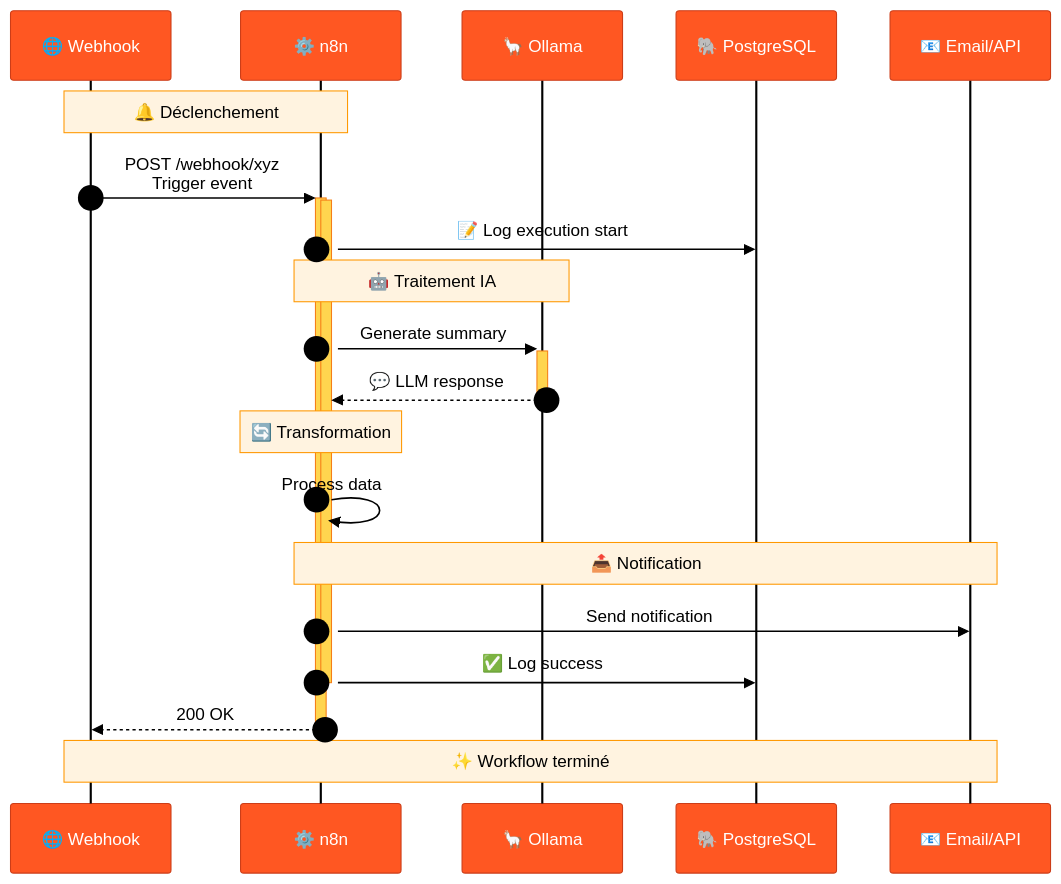
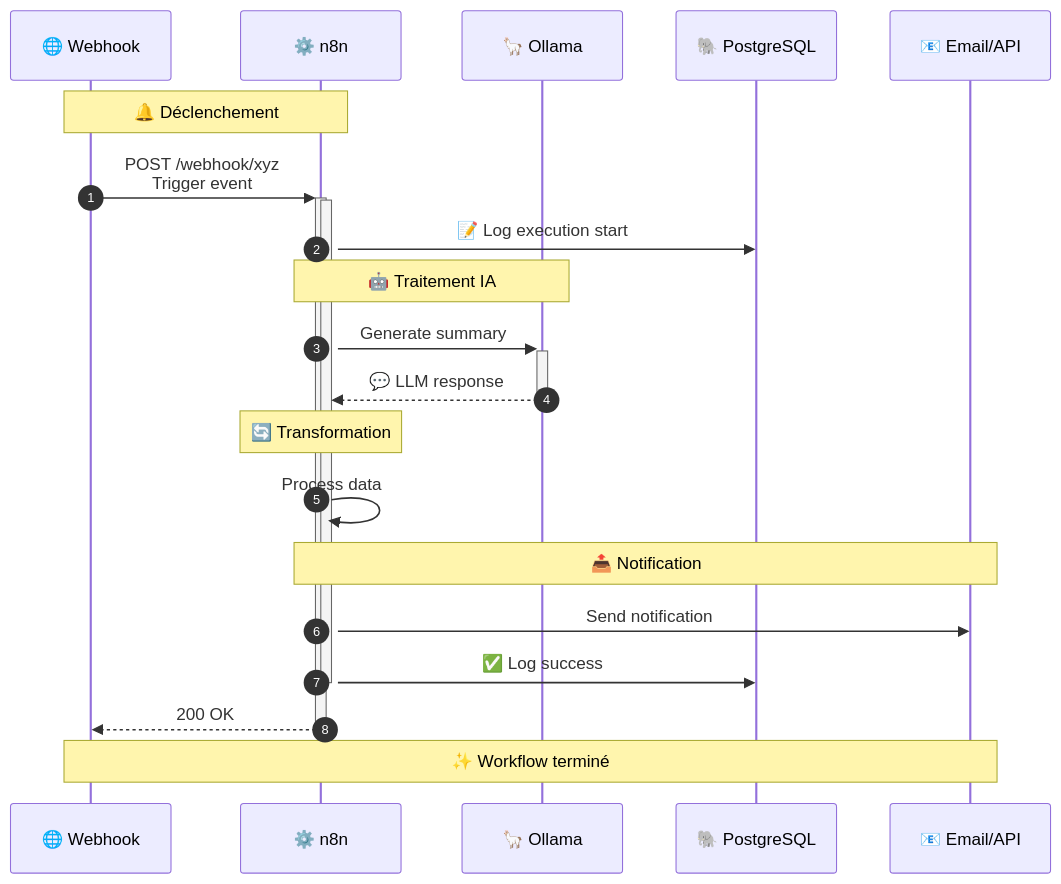
Before and after one commit to MPFabio/Stack-IA: the ninth of 14 diagrams in docs/ARCHITECTURE.md, drawn with Mermaid. The commit also changed other lines of this file, not shown here.

First line of the commit message:
fix(docs): Utilisation thème default Mermaid pour auto-adaptation

````diff
--- a/docs/ARCHITECTURE.md
+++ b/docs/ARCHITECTURE.md
@@ -539,33 +539,33 @@
 ```mermaid
-%%{init: {'theme':'base', 'themeVariables': {'background':'#ffffff','mainBkg':'#ffffff','actorBkg':'#FF5722','actorBorder':'#cc3d18','actorTextColor':'#fff','actorLineColor':'#000','noteBkgColor':'#fff3e0','noteTextColor':'#000','noteBorderColor':'#ff9800','signalColor':'#000','signalTextColor':'#000','labelBoxBkgColor':'#e3f2fd','labelTextColor':'#000','loopTextColor':'#000','activationBkgColor':'#ffd54f','activationBorderColor':'#f57f17','sequenceNumberColor':'#000'}}}%%
+%%{init: {'theme':'default'}}%%
 sequenceDiagram
     autonumber
     participant W as 🌐 Webhook
     participant N as ⚙️ n8n
     participant O as 🦙 Ollama
     participant P as 🐘 PostgreSQL
     participant E as 📧 Email/API
     
     Note over W,N: 🔔 Déclenchement
     W->>+N: POST /webhook/xyz<br/>Trigger event
     
     activate N
     N->>P: 📝 Log execution start
     
     Note over N,O: 🤖 Traitement IA
     N->>+O: Generate summary
     O-->>-N: 💬 LLM response
     
     Note over N: 🔄 Transformation
     N->>N: Process data
     
     Note over N,E: 📤 Notification
     N->>E: Send notification
     
     N->>P: ✅ Log success
     deactivate N
     
     N-->>-W: 200 OK
     
     Note over W,E: ✨ Workflow terminé
 ```
````
